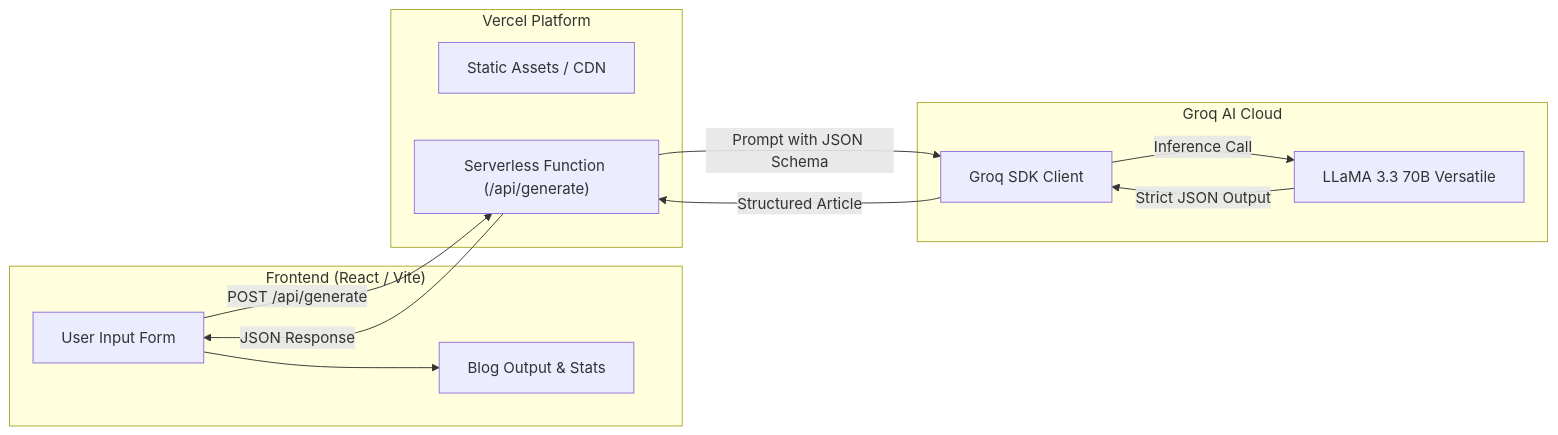
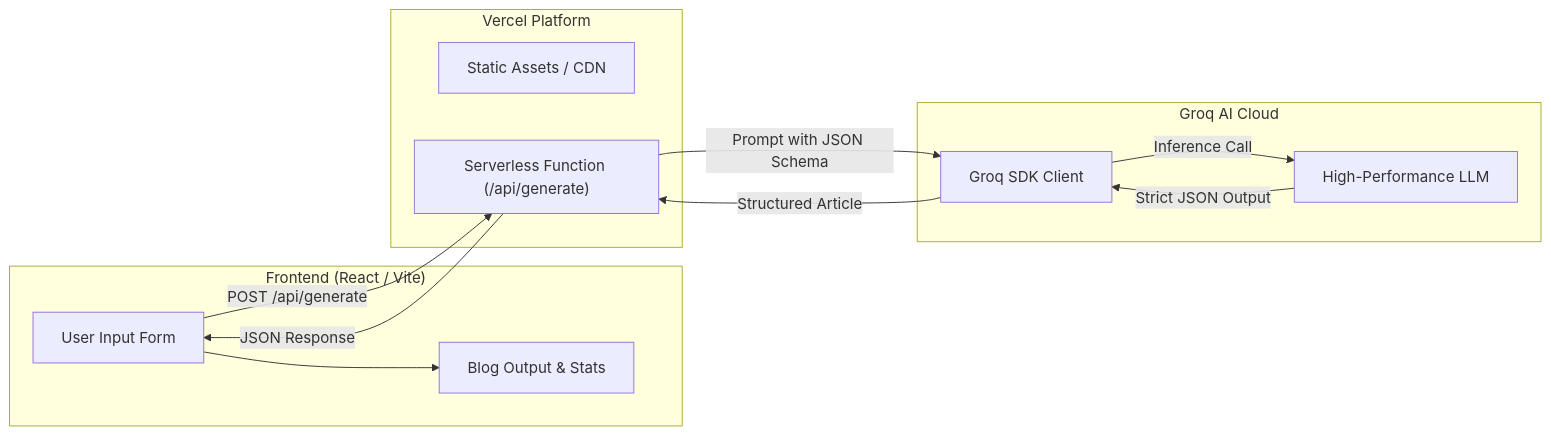
One commit to Kkt04/BlogForge_AI changed the diagram in README.md. Above: the diagram before and after it, drawn with Mermaid. The commit also changed other lines of this file and 3 other files, not shown here.

````diff
--- a/README.md
+++ b/README.md
@@ -79,25 +79,25 @@
 ```mermaid
 flowchart LR
     subgraph Client["Frontend (React / Vite)"]
         UI[User Input Form]
         Output[Blog Output & Stats]
     end
 
     subgraph Vercel["Vercel Platform"]
         Static[Static Assets / CDN]
         API["Serverless Function (/api/generate)"]
     end
 
     subgraph AI["Groq AI Cloud"]
         GroqSDK[Groq SDK Client]
-        LLM[LLaMA 3.3 70B Versatile]
+        LLM[High-Performance LLM]
     end
 
     UI -->|POST /api/generate| API
     API -->|Prompt with JSON Schema| GroqSDK
     GroqSDK -->|Inference Call| LLM
     LLM -->|Strict JSON Output| GroqSDK
     GroqSDK -->|Structured Article| API
     API -->|JSON Response| UI
     UI --> Output
 ```
````
